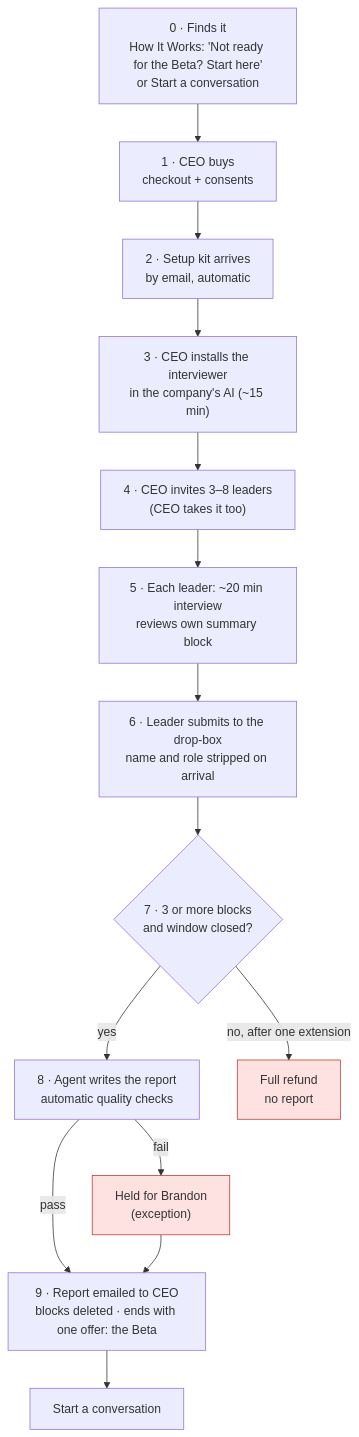
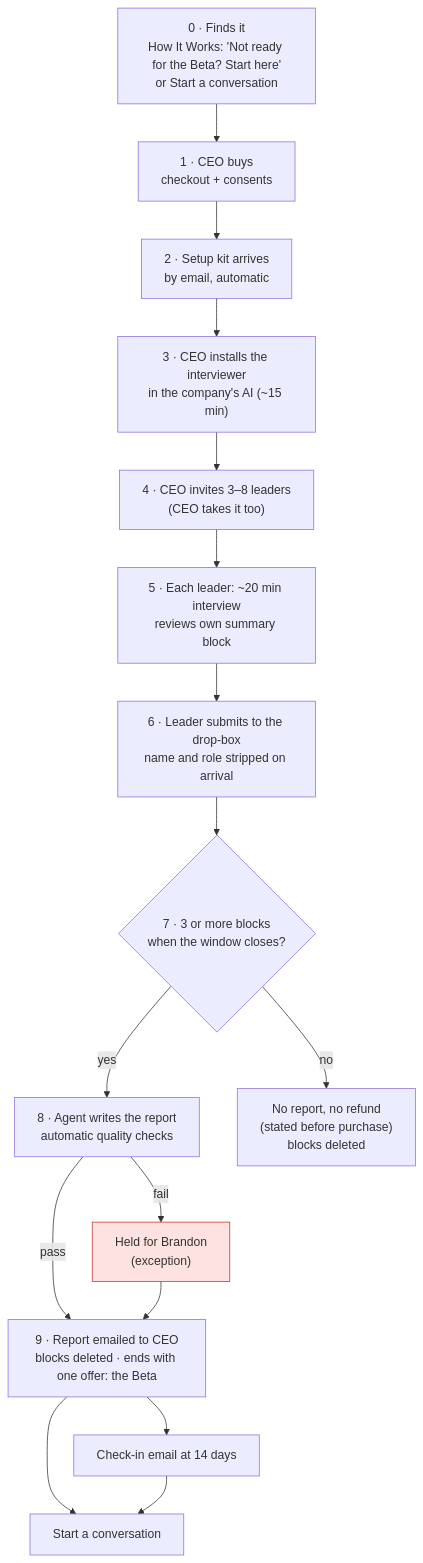
One commit to FranklinKinetics/Labs-Agents changed the diagram in products/rotor-alignment-diagnostic/02-product-spec.md. Above: the diagram before and after it, drawn with Mermaid. The commit also changed other lines of this file and 2 other files, not shown here.

First line of the commit message:
rotor-alignment-diagnostic: spec — record Brandon's answers (Squarespace, no refund under 3, check-in email, planned count); gate 2 still open

````diff
--- a/products/rotor-alignment-diagnostic/02-product-spec.md
+++ b/products/rotor-alignment-diagnostic/02-product-spec.md
@@ -33,20 +33,22 @@
 ```mermaid
 flowchart TD
   S0["0 · Finds it<br/>How It Works: 'Not ready for the Beta? Start here'<br/>or Start a conversation"] --> S1
   S1["1 · CEO buys<br/>checkout + consents"] --> S2
   S2["2 · Setup kit arrives<br/>by email, automatic"] --> S3
   S3["3 · CEO installs the interviewer<br/>in the company's AI (~15 min)"] --> S4
   S4["4 · CEO invites 3–8 leaders<br/>(CEO takes it too)"] --> S5
   S5["5 · Each leader: ~20 min interview<br/>reviews own summary block"] --> S6
   S6["6 · Leader submits to the drop-box<br/>name and role stripped on arrival"] --> S7
-  S7{"7 · 3 or more blocks<br/>and window closed?"}
+  S7{"7 · 3 or more blocks<br/>when the window closes?"}
   S7 -- yes --> S8["8 · Agent writes the report<br/>automatic quality checks"]
-  S7 -- "no, after one extension" --> R["Full refund<br/>no report"]
+  S7 -- no --> R["No report, no refund<br/>(stated before purchase)<br/>blocks deleted"]
   S8 -- pass --> S9["9 · Report emailed to CEO<br/>blocks deleted · ends with one offer: the Beta"]
   S8 -- fail --> X["Held for Brandon<br/>(exception)"]
   X --> S9
+  S9 --> C14["Check-in email at 14 days"]
   S9 --> B["Start a conversation"]
+  C14 --> B
 
   classDef touch fill:#fde2e1,stroke:#c0392b;
-  class X,R touch;
+  class X touch;
 ```
````
